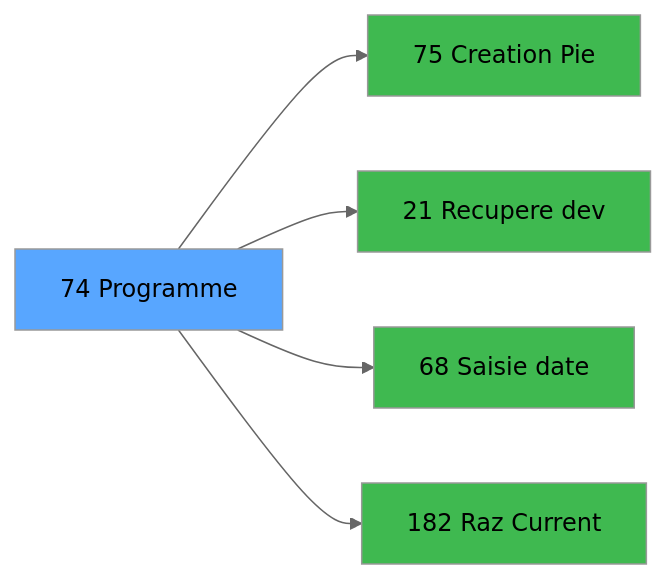
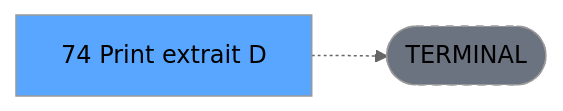
One commit to thonyAGP/lecteur-magic changed the third of 3 diagrams in .openspec/renders/ADH-IDE-74.md. Above: the diagram before and after it, drawn with Mermaid (neutral theme). The commit also changed other lines of this file and 701 other files, not shown here.

````diff
--- a/.openspec/renders/ADH-IDE-74.md
+++ b/.openspec/renders/ADH-IDE-74.md
@@ -145,17 +139,8 @@
 ```mermaid
 graph LR
-    T[74 Programme]
-    C75[75 Creation Pie]
-    T --> C75
-    C21[21 Recupere dev]
-    T --> C21
-    C68[68  Saisie date]
-    T --> C68
-    C182[182 Raz Current ]
-    T --> C182
+    T[74 Print extrait D]
+    TERM([TERMINAL])
+    T -.-> TERM
+    style TERM fill:#6b7280,stroke-dasharray: 5 5
     style T fill:#58a6ff,color:#000
-    style C75 fill:#3fb950
-    style C21 fill:#3fb950
-    style C68 fill:#3fb950
-    style C182 fill:#3fb950
 ```
````
